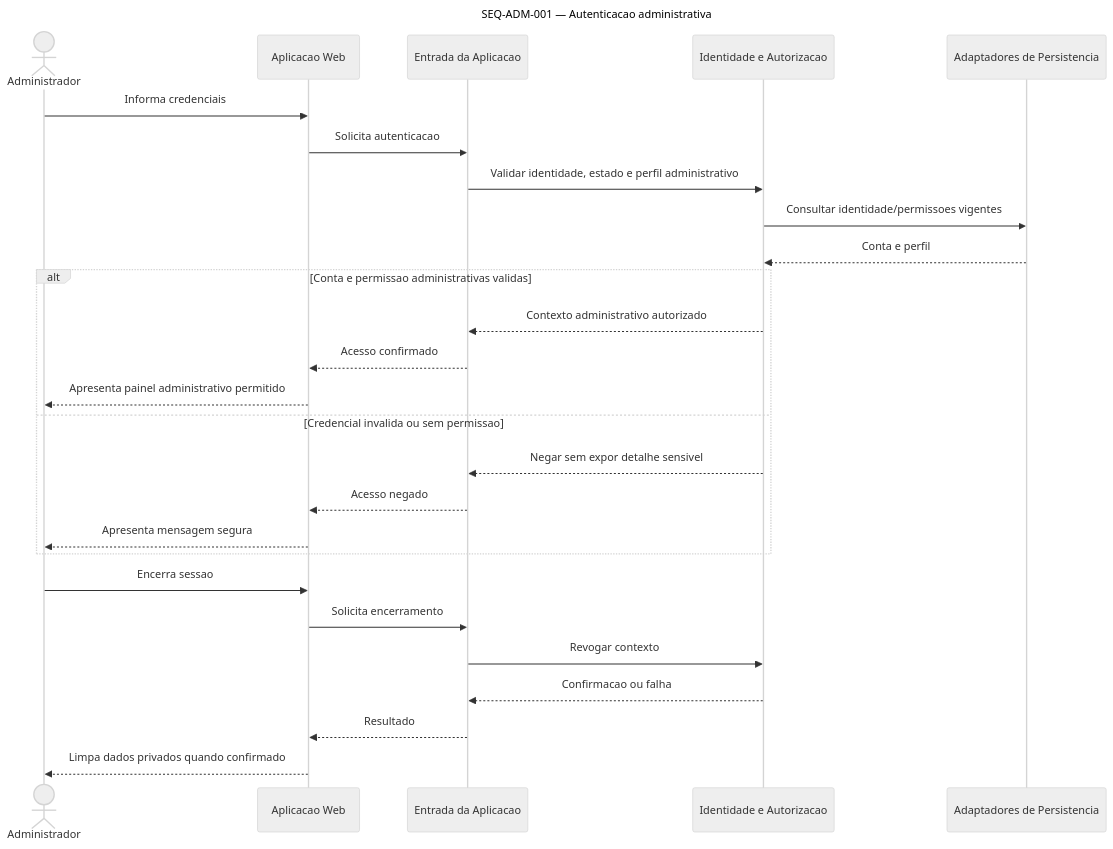
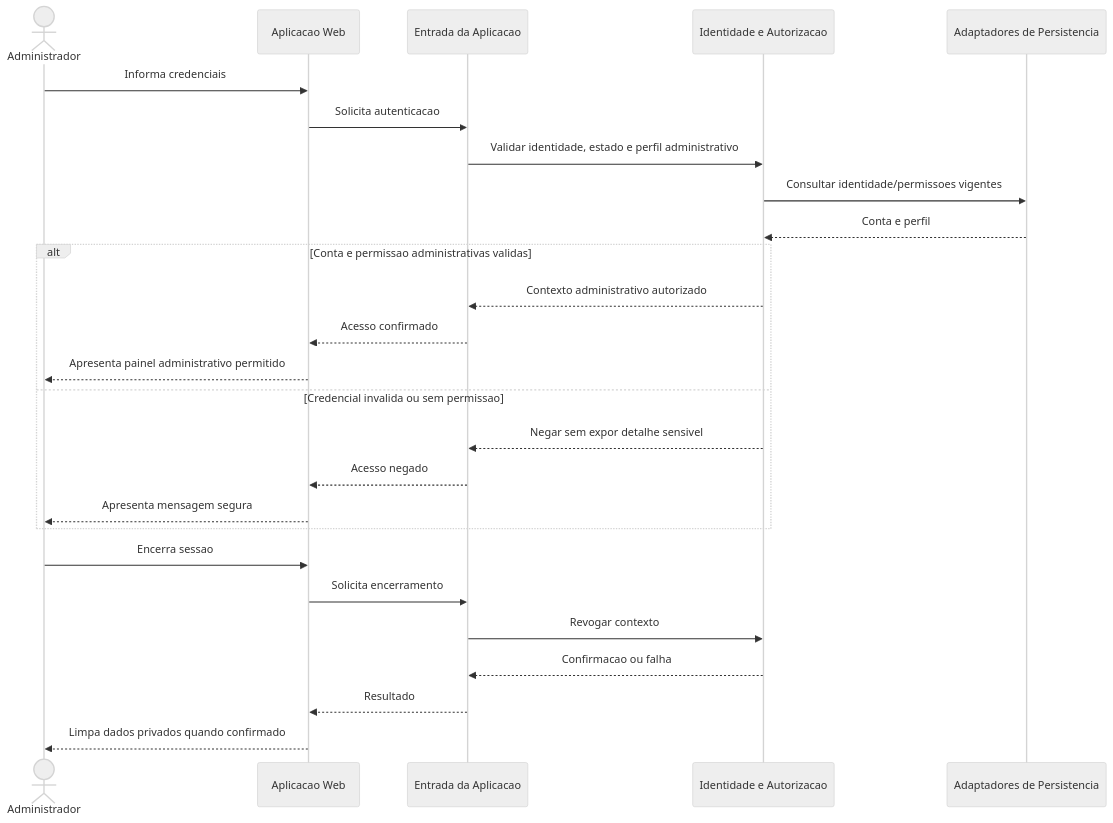
The first of 6 diagrams in PRD/arquitetura/uml/sequencia/ADMINISTRADOR.md (joaopaulofserafim/projeto_final_QAS), drawn with Mermaid (neutral theme) before and after one commit. The commit also changed other lines of this file and 26 other files, not shown here.

````diff
--- a/PRD/arquitetura/uml/sequencia/ADMINISTRADOR.md
+++ b/PRD/arquitetura/uml/sequencia/ADMINISTRADOR.md
@@ -10,30 +10,30 @@
 ```mermaid
 sequenceDiagram
-    title SEQ-ADM-001 — Autenticacao administrativa
+    %% SEQ-ADM-001 — Autenticacao administrativa
     actor Adm as Administrador
     participant Web as Aplicacao Web
     participant Entrada as Entrada da Aplicacao
     participant Auth as Identidade e Autorizacao
     participant Persistencia as Adaptadores de Persistencia
 
     Adm->>Web: Informa credenciais
     Web->>Entrada: Solicita autenticacao
     Entrada->>Auth: Validar identidade, estado e perfil administrativo
     Auth->>Persistencia: Consultar identidade/permissoes vigentes
     Persistencia-->>Auth: Conta e perfil
     alt Conta e permissao administrativas validas
         Auth-->>Entrada: Contexto administrativo autorizado
         Entrada-->>Web: Acesso confirmado
         Web-->>Adm: Apresenta painel administrativo permitido
     else Credencial invalida ou sem permissao
         Auth-->>Entrada: Negar sem expor detalhe sensivel
         Entrada-->>Web: Acesso negado
         Web-->>Adm: Apresenta mensagem segura
     end
     Adm->>Web: Encerra sessao
     Web->>Entrada: Solicita encerramento
     Entrada->>Auth: Revogar contexto
     Auth-->>Entrada: Confirmacao ou falha
     Entrada-->>Web: Resultado
     Web-->>Adm: Limpa dados privados quando confirmado
 ```
````
